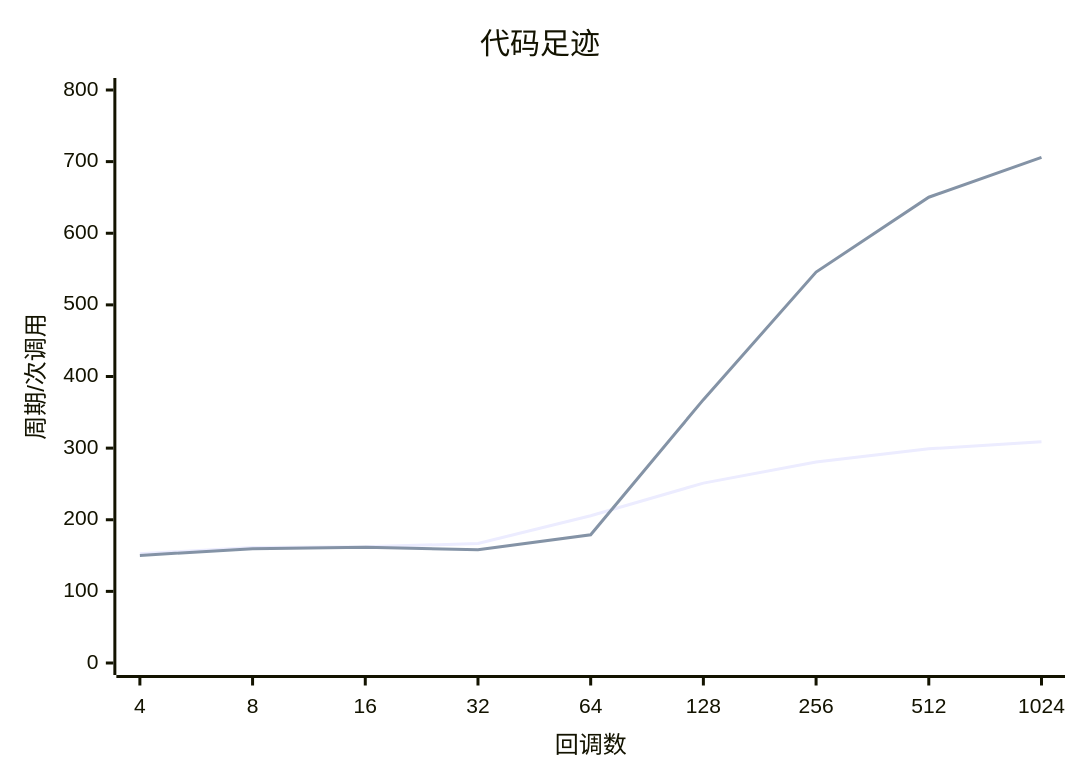
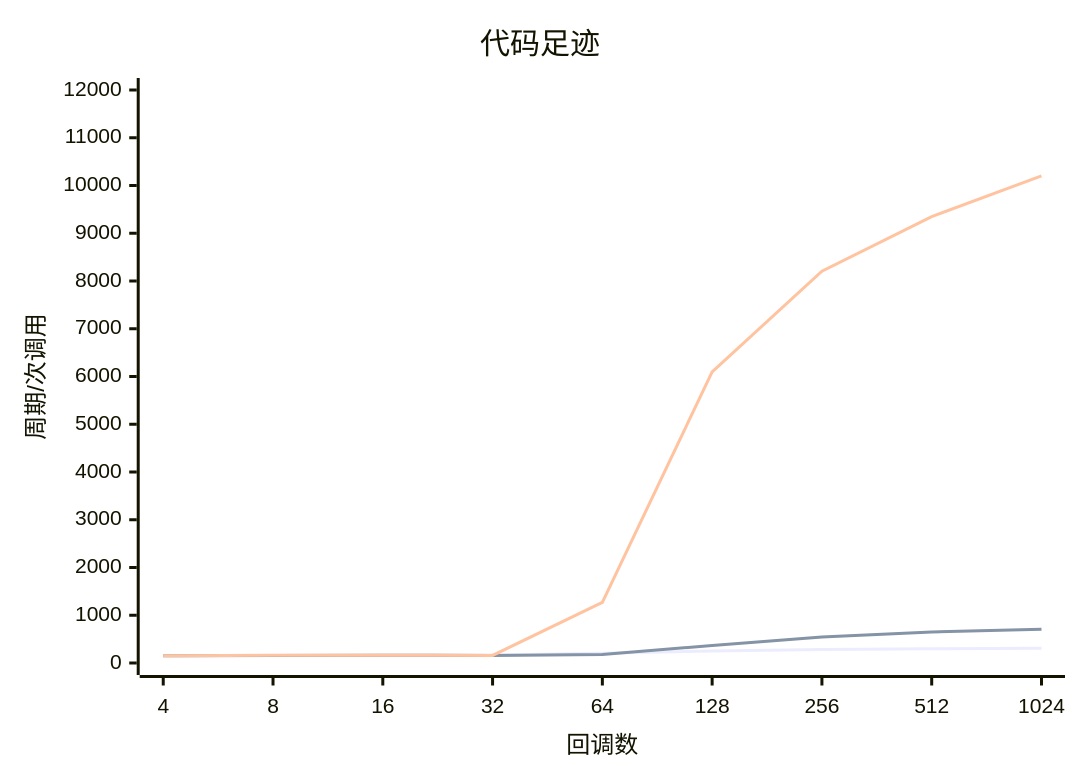
Before and after one commit to FASTSHIFT/cachecliff: the first of 4 diagrams in docs/examples/h743-vs-rt1176.md, drawn with Mermaid. The commit also changed other lines of this file and 3 other files, not shown here.

````diff
--- a/docs/examples/h743-vs-rt1176.md
+++ b/docs/examples/h743-vs-rt1176.md
@@ -43,8 +55,9 @@
 ```mermaid
 xychart-beta
     title "代码足迹"
     x-axis "回调数" ["4", "8", "16", "32", "64", "128", "256", "512", "1024"]
-    y-axis "周期/次调用" 0 --> 800
+    y-axis "周期/次调用" 0 --> 12000
     line [152.541, 161.368, 162.168, 166.791, 205.666, 251.175, 280.533, 298.978, 309]
     line [150.157, 159.669, 161.481, 158.035, 178.991, 367.663, 545.808, 650.298, 705.905]
+    line [150.316, 160.147, 161.76, 158.274, 1270.86, 6096.78, 8206.36, 9348.39, 10200.7]
 ```
````
